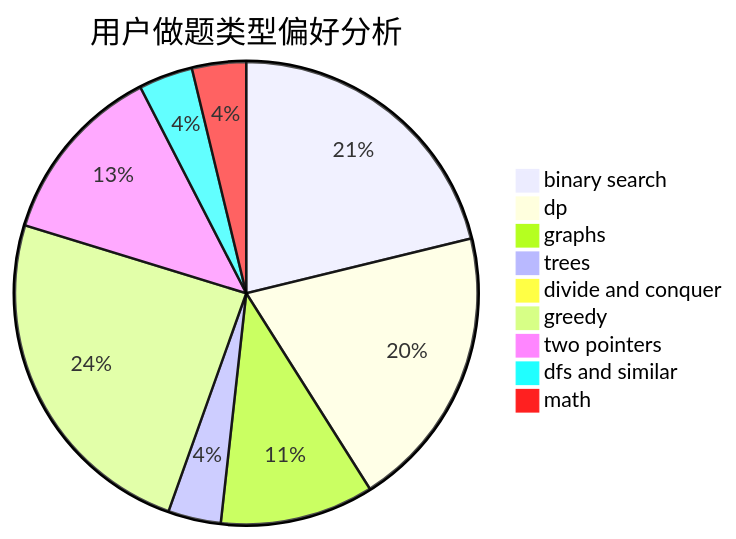
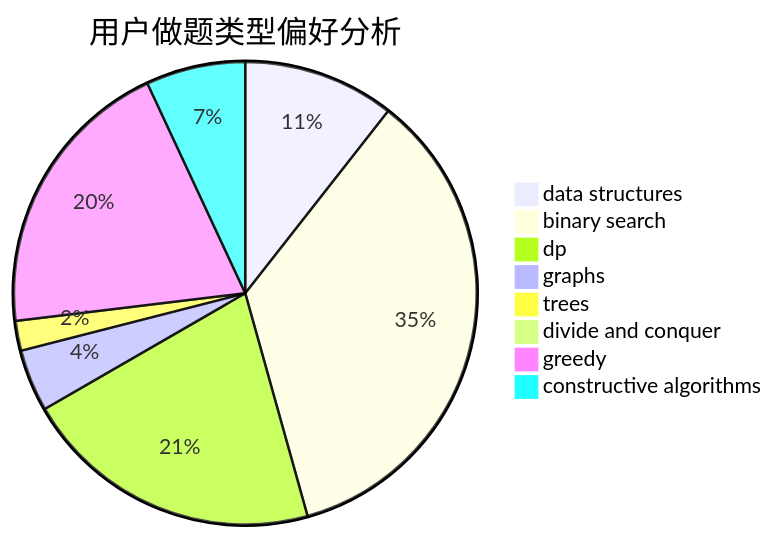
One commit to sherpahu/cfrs.github.io changed the second of 3 diagrams in docs/user/u1278.md. Above: the diagram before and after it, drawn with Mermaid. The commit also changed other lines of this file and 2775 other files, not shown here.

````diff
--- a/docs/user/u1278.md
+++ b/docs/user/u1278.md
@@ -23,12 +23,11 @@
 ```mermaid
 pie title 用户做题类型偏好分析
-    "binary search" :  247
-    "dp" :  231
-    "graphs" :  125
-    "trees" :  43
-    "divide and conquer" :  8
-    "greedy" :  283
-    "two pointers" :  148
-    "dfs and similar" :  44
-    "math" :  44
+    "data structures" :  61
+    "binary search" :  202
+    "dp" :  121
+    "graphs" :  25
+    "trees" :  12
+    "divide and conquer" :  0
+    "greedy" :  115
+    "constructive algorithms" :  40
 ```
````
